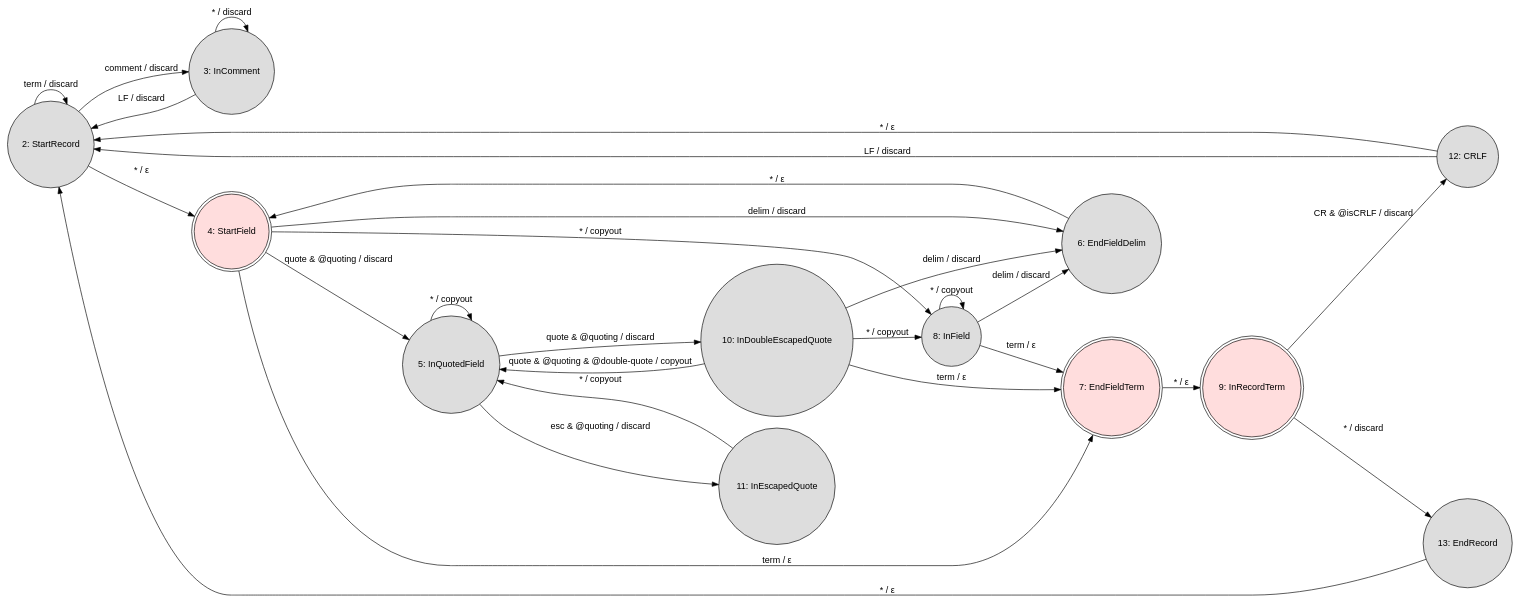
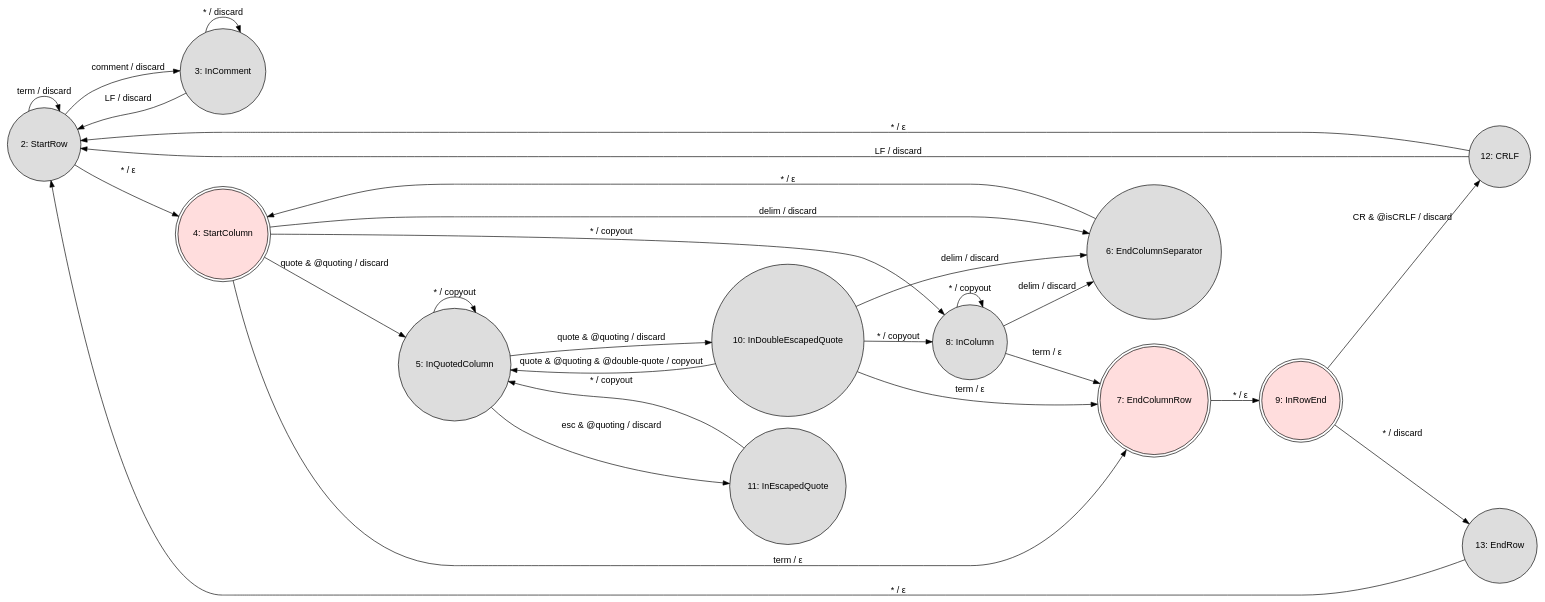
The diagram in csv.dot (shreeve/censive), drawn with Graphviz before and after one commit.

Commit message:
Rename NFA states

```diff
--- a/csv.dot
+++ b/csv.dot
@@ -1,60 +1,60 @@
 digraph finite_state_machine {
   fontname="Helvetica,Arial,sans-serif"
   node [fontname="Helvetica,Arial,sans-serif"]
   edge [fontname="Helvetica,Arial,sans-serif"]
   rankdir=LR;
   node [shape = circle, style=filled, fillcolor="#dddddd"];
 
-  2  [label="2: StartRecord"];
+  2  [label="2: StartRow"];
   3  [label="3: InComment"];
-  4  [label="4: StartField", shape=doublecircle, fillcolor="#ffdddd"];
-  8  [label="8: InField"];
-  5  [label="5: InQuotedField"];
-  6  [label="6: EndFieldDelim"];
-  7  [label="7: EndFieldTerm", shape=doublecircle, fillcolor="#ffdddd"];
-  9  [label="9: InRecordTerm", shape=doublecircle, fillcolor="#ffdddd"];
+  4  [label="4: StartColumn", shape=doublecircle, fillcolor="#ffdddd"];
+  8  [label="8: InColumn"];
+  5  [label="5: InQuotedColumn"];
   11 [label="11: InEscapedQuote"];
   10 [label="10: InDoubleEscapedQuote"];
+  6  [label="6: EndColumnSeparator"];
+  7  [label="7: EndColumnRow", shape=doublecircle, fillcolor="#ffdddd"];
+  9  [label="9: InRowEnd", shape=doublecircle, fillcolor="#ffdddd"];
   12 [label="12: CRLF"];
-  13 [label="13: EndRecord"];
+  13 [label="13: EndRow"];
 
   2  -> 2  [label="term / discard"];
   2  -> 3  [label="comment / discard"];
   2  -> 4  [label="* / ε"];
 
   3  -> 2  [label="LF / discard"];
   3  -> 3  [label="* / discard"];
 
   4  -> 5  [label="quote & @quoting / discard"];
   4  -> 6  [label="delim / discard"];
   4  -> 7  [label="term / ε"]
   4  -> 8  [label="* / copyout"];
 
   5  -> 5  [label="* / copyout"];
   5  -> 10 [label="quote & @quoting / discard"];
   5  -> 11 [label="esc & @quoting / discard"];
 
   6  -> 4  [label="* / ε"];
 
   7  -> 9  [label="* / ε"];
 
   8  -> 6  [label="delim / discard"];
   8  -> 7  [label="term / ε"]
   8  -> 8  [label="* / copyout"];
 
   9  -> 12 [label="CR & @isCRLF / discard"];
   9  -> 13 [label="* / discard"];
 
   10 -> 5  [label="quote & @quoting & @double-quote / copyout"];
   10 -> 6  [label="delim / discard"];
   10 -> 7  [label="term / ε"]
   10 -> 8  [label="* / copyout"];
 
   11 -> 5  [label="* / copyout"];
 
   12 -> 2  [label="* / ε"];
   12 -> 2  [label="LF / discard"];
 
   13 -> 2  [label="* / ε"];
 
 }
```
